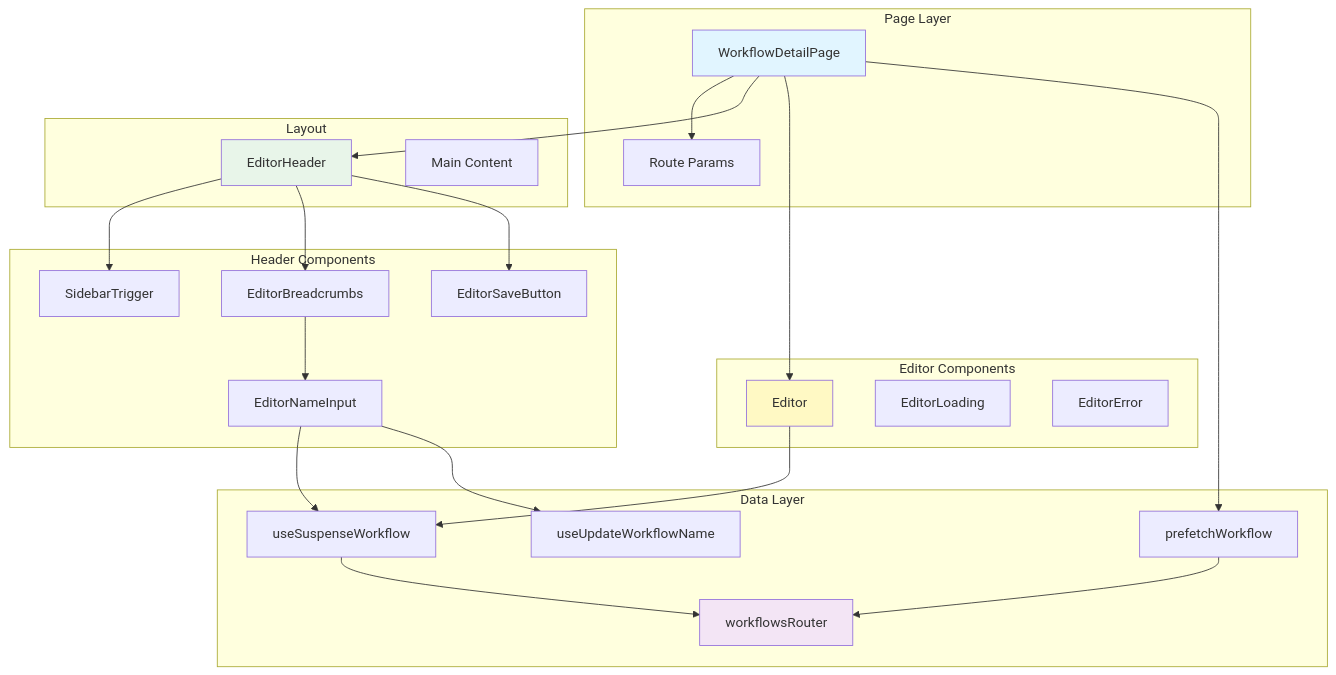
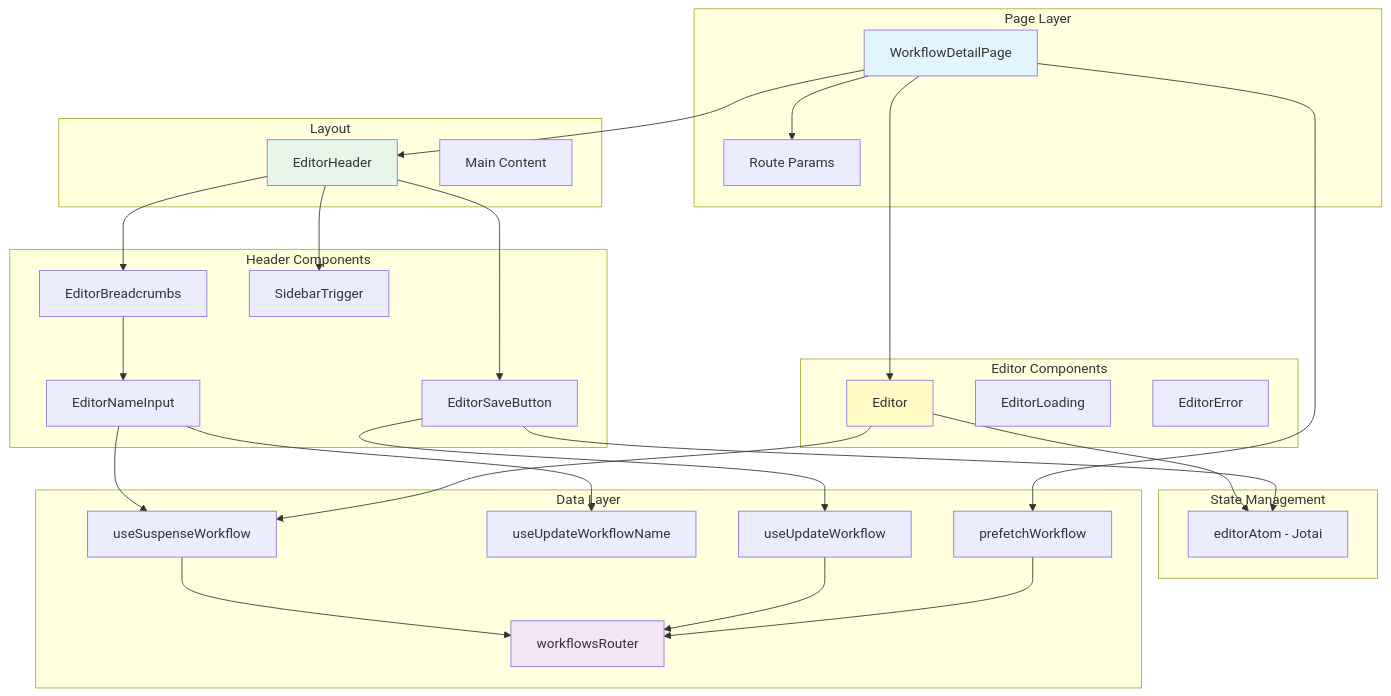
Before and after one commit to shaynemeyer/n8n-clone: the first of 6 diagrams in docs/workflow-editor.md, drawn with Mermaid. The commit also changed other lines of this file and 4 other files, not shown here.

````diff
--- a/docs/workflow-editor.md
+++ b/docs/workflow-editor.md
@@ -22,51 +22,60 @@
 ```mermaid
 graph TB
     subgraph "Page Layer"
         Page[WorkflowDetailPage]
         Params[Route Params]
     end
 
     subgraph "Layout"
         EditorHeader[EditorHeader]
         EditorMain[Main Content]
     end
 
     subgraph "Header Components"
         Breadcrumbs[EditorBreadcrumbs]
         NameInput[EditorNameInput]
         SaveButton[EditorSaveButton]
         SidebarTrigger[SidebarTrigger]
     end
 
     subgraph "Editor Components"
         Editor[Editor]
         Loading[EditorLoading]
         Error[EditorError]
     end
 
+    subgraph "State Management"
+        EditorAtom[editorAtom - Jotai]
+    end
+
     subgraph "Data Layer"
         Hook[useSuspenseWorkflow]
         UpdateHook[useUpdateWorkflowName]
+        SaveHook[useUpdateWorkflow]
         Router[workflowsRouter]
         Prefetch[prefetchWorkflow]
     end
 
     Page --> Params
     Page --> EditorHeader
     Page --> Editor
     EditorHeader --> SidebarTrigger
     EditorHeader --> Breadcrumbs
     EditorHeader --> SaveButton
     Breadcrumbs --> NameInput
     NameInput --> Hook
     NameInput --> UpdateHook
     Editor --> Hook
+    Editor --> EditorAtom
+    SaveButton --> EditorAtom
+    SaveButton --> SaveHook
     Hook --> Router
+    SaveHook --> Router
     Page --> Prefetch
     Prefetch --> Router
 
     style Page fill:#e1f5ff
     style EditorHeader fill:#e8f5e9
     style Editor fill:#fff9c4
     style Router fill:#f3e5f5
 ```
````
